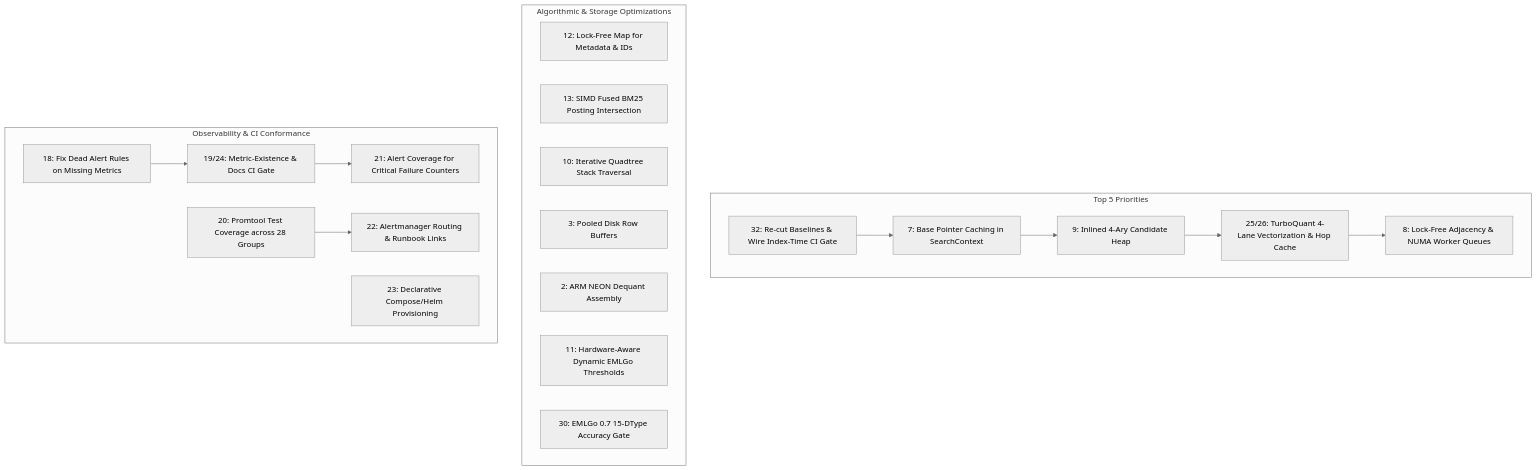
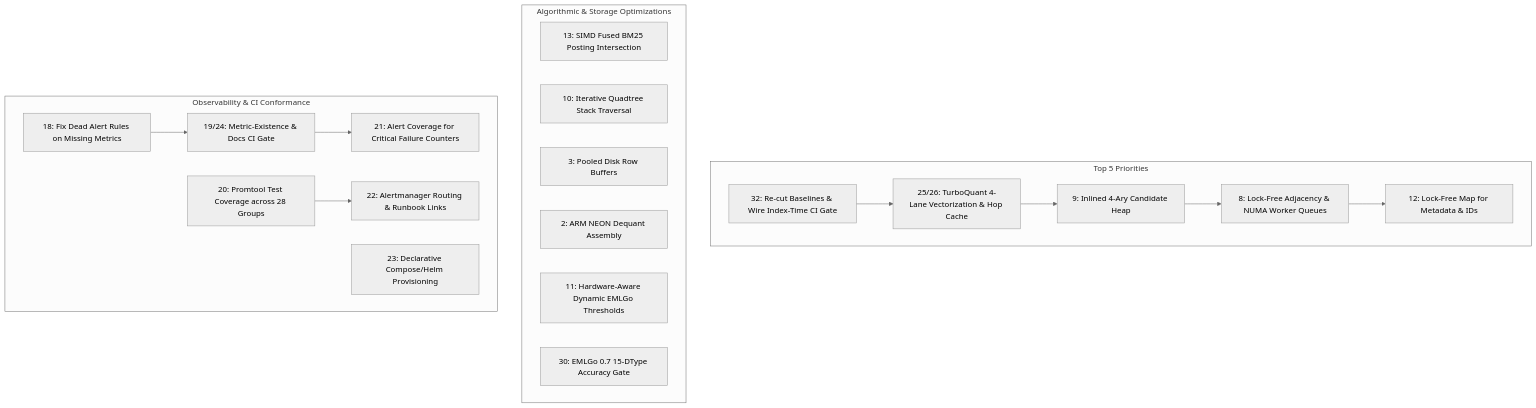
The diagram in docs/roadmap.md (23skdu/longbow), drawn with Mermaid (neutral theme) before and after one commit. The commit also changed other lines of this file, not shown here.

Commit message:
docs(roadmap): mark Item 7 complete and promote Item 12 to Top 5 Priorities

````diff
--- a/docs/roadmap.md
+++ b/docs/roadmap.md
@@ -18,35 +18,34 @@
 ```mermaid
 graph TD
     subgraph P1["Top 5 Priorities"]
         I32["32: Re-cut Baselines & Wire Index-Time CI Gate"]
-        I7["7: Base Pointer Caching in SearchContext"]
         I25["25/26: TurboQuant 4-Lane Vectorization & Hop Cache"]
         I9["9: Inlined 4-Ary Candidate Heap"]
         I8["8: Lock-Free Adjacency & NUMA Worker Queues"]
+        I12["12: Lock-Free Map for Metadata & IDs"]
     end
     subgraph P2["Algorithmic & Storage Optimizations"]
-        I12["12: Lock-Free Map for Metadata & IDs"]
         I13["13: SIMD Fused BM25 Posting Intersection"]
         I10["10: Iterative Quadtree Stack Traversal"]
         I3["3: Pooled Disk Row Buffers"]
         I2["2: ARM NEON Dequant Assembly"]
         I11["11: Hardware-Aware Dynamic EMLGo Thresholds"]
         I30["30: EMLGo 0.7 15-DType Accuracy Gate"]
     end
     subgraph P3["Observability & CI Conformance"]
         I18["18: Fix Dead Alert Rules on Missing Metrics"]
         I19["19/24: Metric-Existence & Docs CI Gate"]
         I21["21: Alert Coverage for Critical Failure Counters"]
         I20["20: Promtool Test Coverage across 28 Groups"]
         I22["22: Alertmanager Routing & Runbook Links"]
         I23["23: Declarative Compose/Helm Provisioning"]
     end
 
-    I32 --> I7
-    I7 --> I9
-    I9 --> I25
-    I25 --> I8
+    I32 --> I25
+    I25 --> I9
+    I9 --> I8
+    I8 --> I12
     I18 --> I19
     I19 --> I21
     I20 --> I22
 ```
````
